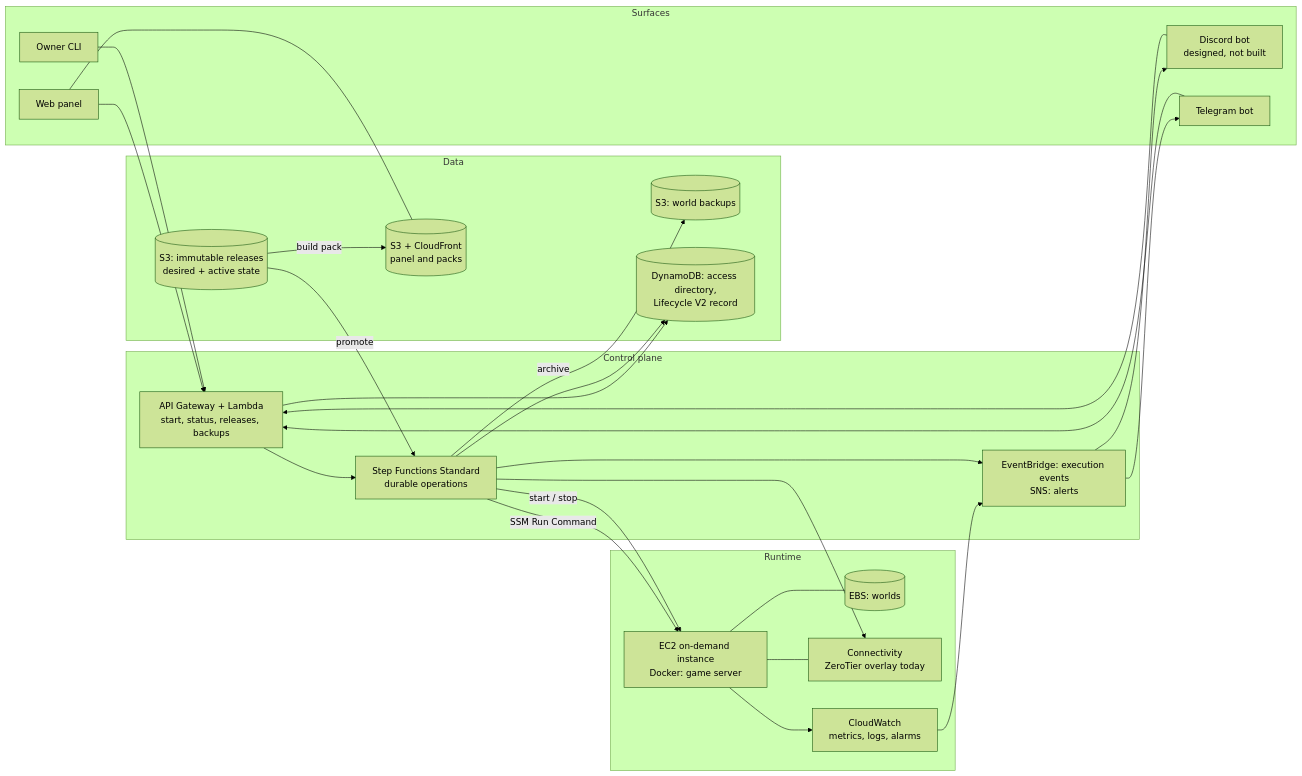
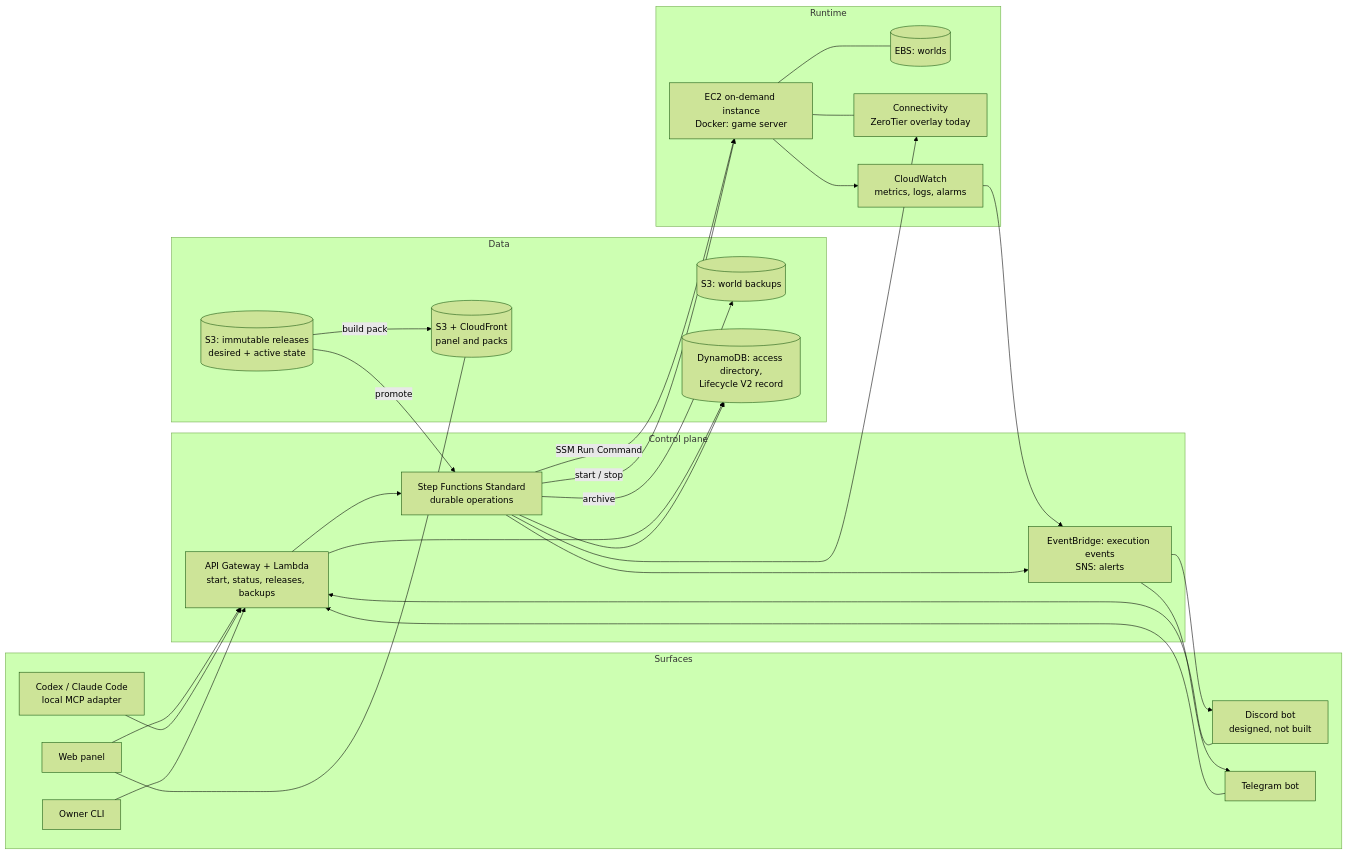
One commit to DrArzter/spawnpoint changed the diagram in README.md. Above: the diagram before and after it, drawn with Mermaid (forest theme). The commit also changed other lines of this file and 12 other files, not shown here.

Commit message:
Add a local MCP control-plane adapter (#84)

````diff
--- a/README.md
+++ b/README.md
@@ -93,51 +94,53 @@
 ```mermaid
 flowchart LR
     subgraph Surfaces
         WEB[Web panel]
         DIS[Discord bot<br/>designed, not built]
         TG[Telegram bot]
+        MCP[Codex / Claude Code<br/>local MCP adapter]
         CLI[Owner CLI]
     end
 
     subgraph ControlPlane["Control plane"]
         API[API Gateway + Lambda<br/>start, status, releases, backups]
         SFN[Step Functions Standard<br/>durable operations]
         BUS[EventBridge: execution events<br/>SNS: alerts]
     end
 
     subgraph Data
         REL[(S3: immutable releases<br/>desired + active state)]
         BAK[(S3: world backups)]
         SITE[(S3 + CloudFront<br/>panel and packs)]
         DDB[(DynamoDB: access directory,<br/>Lifecycle V2 record)]
     end
 
     subgraph Runtime
         EC2[EC2 on-demand instance<br/>Docker: game server]
         EBS[(EBS: worlds)]
         NET[Connectivity<br/>ZeroTier overlay today]
         CW[CloudWatch<br/>metrics, logs, alarms]
     end
 
     WEB --> API
     DIS --> API
     TG --> API
+    MCP --> API
     CLI --> API
     API --> SFN
     API --> DDB
     SFN --> DDB
     SFN -->|SSM Run Command| EC2
     SFN -->|start / stop| EC2
     REL -->|promote| SFN
     EC2 --- EBS
     SFN -->|archive| BAK
     SFN --> NET
     EC2 --- NET
     EC2 --> CW
     CW --> BUS
     SFN --> BUS
     BUS --> DIS
     BUS --> TG
     WEB --- SITE
     REL -->|build pack| SITE
 ```
````
